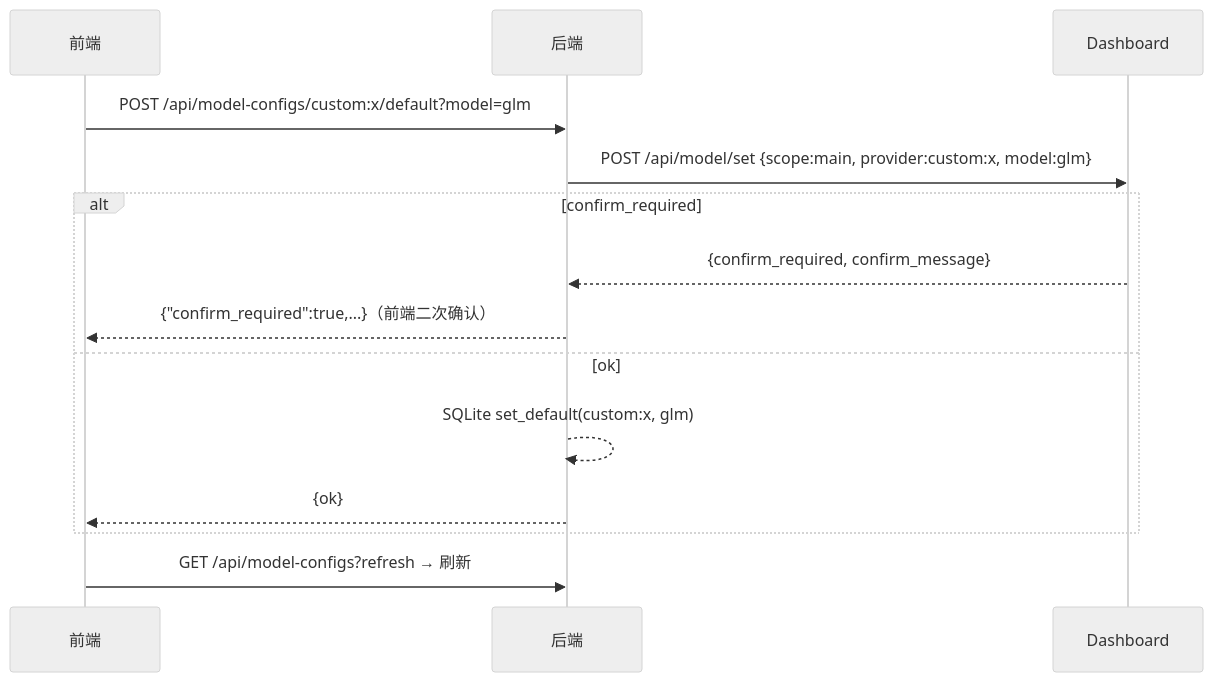
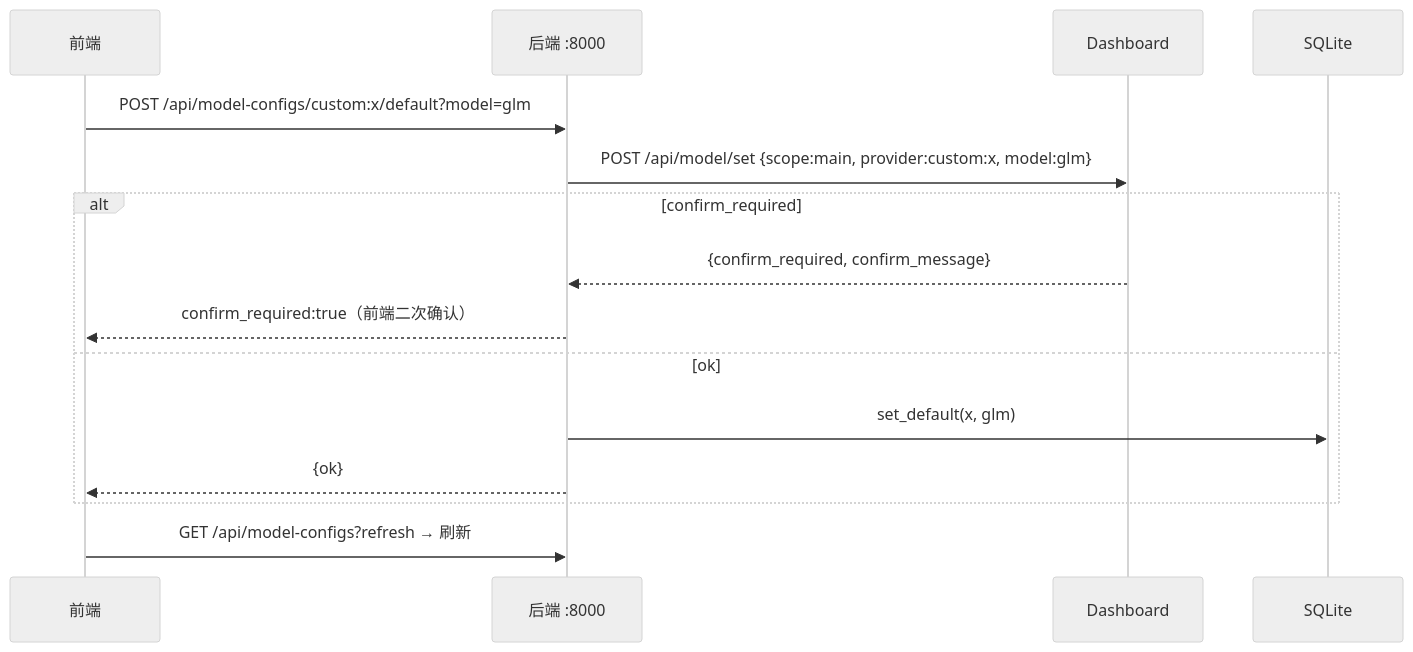
Before and after one commit to yeeqen00111/hermes-web-console: the ninth of 11 diagrams in model-configs-flow.md, drawn with Mermaid (neutral theme). The commit also changed other lines of this file, not shown here.

Commit message:
docs(model-configs): add per-feature sequence diagram for all 10 features

````diff
--- a/model-configs-flow.md
+++ b/model-configs-flow.md
@@ -194,16 +284,17 @@
 ```mermaid
 sequenceDiagram
     participant U as 前端
-    participant B as 后端
+    participant B as 后端 :8000
     participant D as Dashboard
+    participant S as SQLite
     U->>B: POST /api/model-configs/custom:x/default?model=glm
     B->>D: POST /api/model/set {scope:main, provider:custom:x, model:glm}
     alt confirm_required
         D-->>B: {confirm_required, confirm_message}
-        B-->>U: {"confirm_required":true,...}（前端二次确认）
+        B-->>U: confirm_required:true（前端二次确认）
     else ok
-        B-->>B: SQLite set_default(custom:x, glm)
+        B->>S: set_default(x, glm)
         B-->>U: {ok}
     end
     U->>B: GET /api/model-configs?refresh → 刷新
 ```
````
